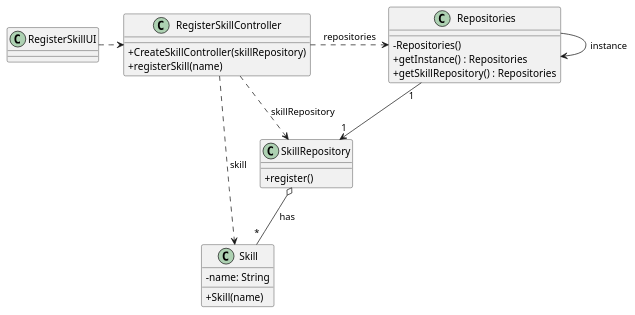
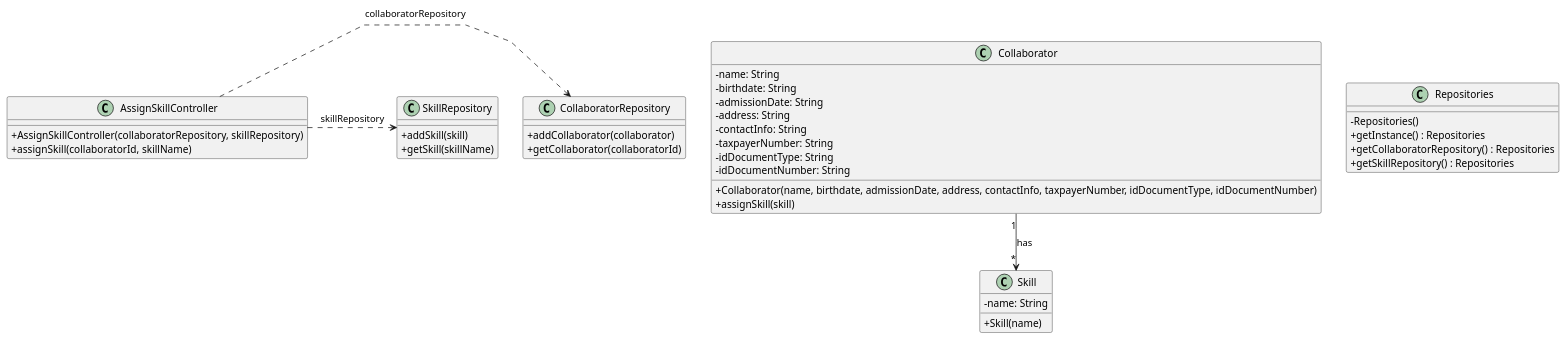
The diagram in docs/sprintB/us004/03.design/puml/us004-class-diagram.puml (diogoveirospro/lei-24-s2-1dg-g072), drawn with PlantUML before and after one commit. The commit also changed 4 other files, not shown here.

```diff
--- a/docs/sprintB/us004/03.design/puml/us004-class-diagram.puml
+++ b/docs/sprintB/us004/03.design/puml/us004-class-diagram.puml
@@ -1,47 +1,56 @@
 @startuml
 'skinparam monochrome true
 skinparam packageStyle rectangle
 skinparam shadowing false
 skinparam linetype polyline
 'skinparam linetype orto
 
 skinparam classAttributeIconSize 0
 
 'left to right direction
 
+class Collaborator {
+    - name: String
+    - birthdate: String
+    - admissionDate: String
+    - address: String
+    - contactInfo: String
+    - taxpayerNumber: String
+    - idDocumentType: String
+    - idDocumentNumber: String
+    + Collaborator(name, birthdate, admissionDate, address, contactInfo, taxpayerNumber, idDocumentType, idDocumentNumber)
+    + assignSkill(skill)
+}
+
 class Skill {
     - name: String
-
     + Skill(name)
 }
 
-
-class RegisterSkillUI {
-
-}
-
-class RegisterSkillController {
-    + CreateSkillController(skillRepository)
-    + registerSkill(name)
+class AssignSkillController {
+    + AssignSkillController(collaboratorRepository, skillRepository)
+    + assignSkill(collaboratorId, skillName)
 }
 
 class Repositories {
     - Repositories()
     + getInstance() : Repositories
+    + getCollaboratorRepository() : Repositories
     + getSkillRepository() : Repositories
 }
 
-class SkillRepository {
-    + register()
+class CollaboratorRepository {
+    + addCollaborator(collaborator)
+    + getCollaborator(collaboratorId)
 }
 
+class SkillRepository {
+    + addSkill(skill)
+    + getSkill(skillName)
+}
 
-RegisterSkillUI .> RegisterSkillController
-RegisterSkillController .> Repositories : repositories
-Repositories --> Repositories : instance
-Repositories "1" --> "1" SkillRepository
-SkillRepository o-- "*" Skill : has
-RegisterSkillController .> SkillRepository : skillRepository
-RegisterSkillController .> Skill : skill
+Collaborator "1" --> "*" Skill : has
+AssignSkillController .> CollaboratorRepository : collaboratorRepository
+AssignSkillController .> SkillRepository : skillRepository
 
 @enduml
```
